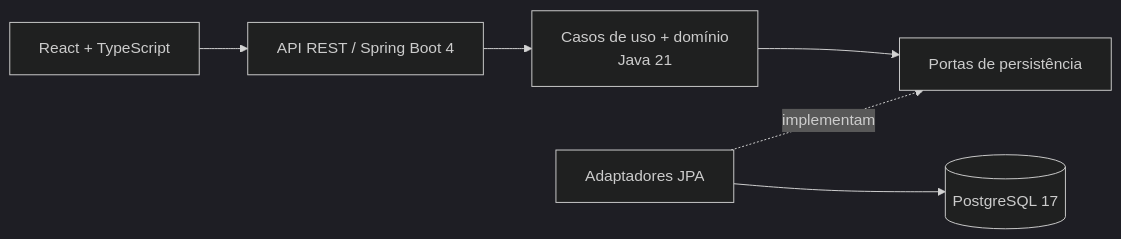
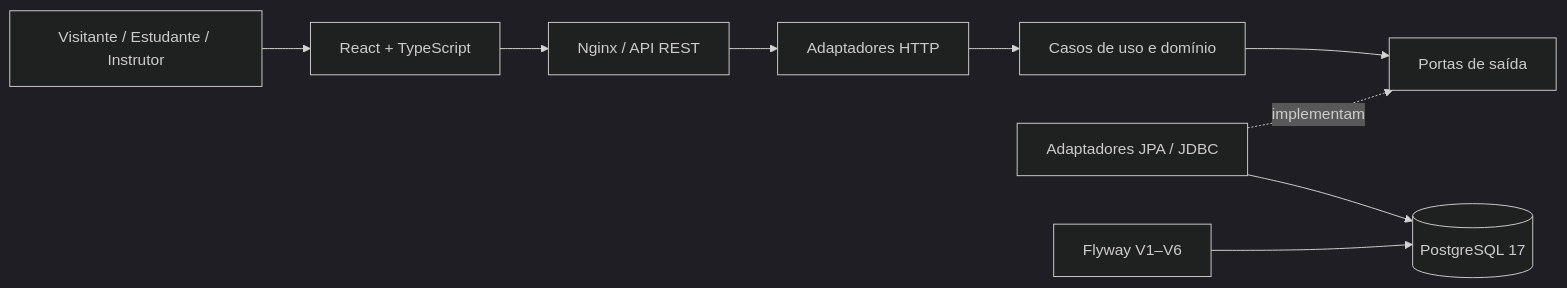
The diagram in README.md (juceliocoelho2022/cursohub-lms.), drawn with Mermaid (dark theme) before and after one commit. The commit also changed other lines of this file, not shown here.

````diff
--- a/README.md
+++ b/README.md
@@ -13,8 +98,11 @@
 ```mermaid
 flowchart LR
-    Client["React + TypeScript"] --> HTTP["API REST / Spring Boot 4"]
-    HTTP --> Core["Casos de uso + domínio\nJava 21"]
-    Core --> Port["Portas de persistência"]
-    Adapter["Adaptadores JPA"] -. "implementam" .-> Port
-    Adapter --> DB[("PostgreSQL 17")]
+    User["Visitante / Estudante / Instrutor"] --> Web["React + TypeScript"]
+    Web --> Proxy["Nginx / API REST"]
+    Proxy --> Ctrl["Adaptadores HTTP"]
+    Ctrl --> UseCases["Casos de uso e domínio"]
+    UseCases --> Ports["Portas de saída"]
+    Persistence["Adaptadores JPA / JDBC"] -. implementam .-> Ports
+    Persistence --> Database[("PostgreSQL 17")]
+    Migration["Flyway V1–V6"] --> Database
 ```
````
